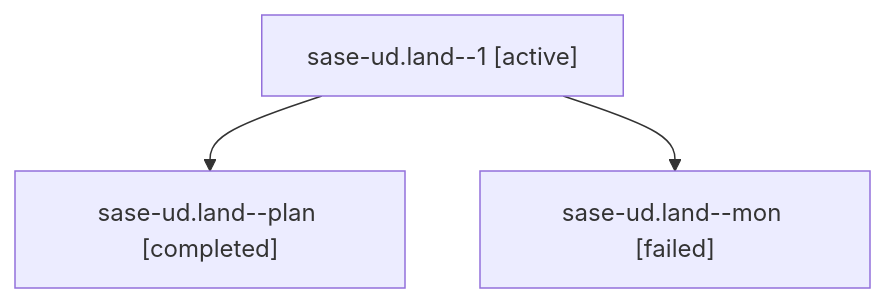
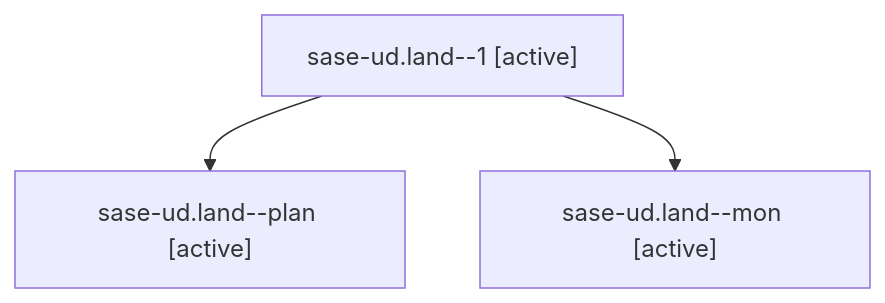
The diagram in families/bbugyi200.athena.sase-ud.land.md (sase-org/sase--agents), drawn with Mermaid before and after one commit. The commit also changed other lines of this file and 35830 other files, not shown here.

````diff
--- a/families/bbugyi200.athena.sase-ud.land.md
+++ b/families/bbugyi200.athena.sase-ud.land.md
@@ -9,8 +9,8 @@
 ```mermaid
 flowchart TD
   n0["sase-ud.land--1 [active]"]
-  n1["sase-ud.land--plan [completed]"]
+  n1["sase-ud.land--plan [active]"]
   n0 --> n1
-  n2["sase-ud.land--mon [failed]"]
+  n2["sase-ud.land--mon [active]"]
   n0 --> n2
 ```
````
